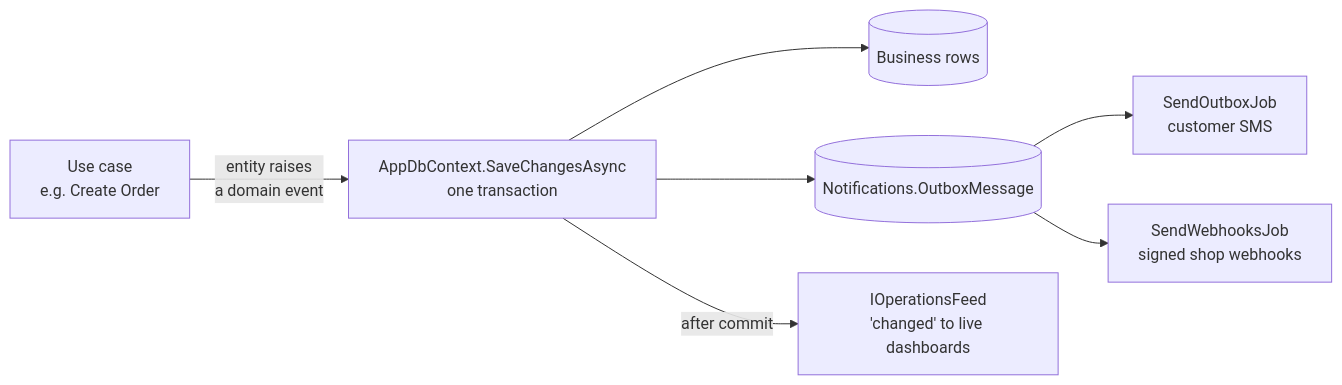
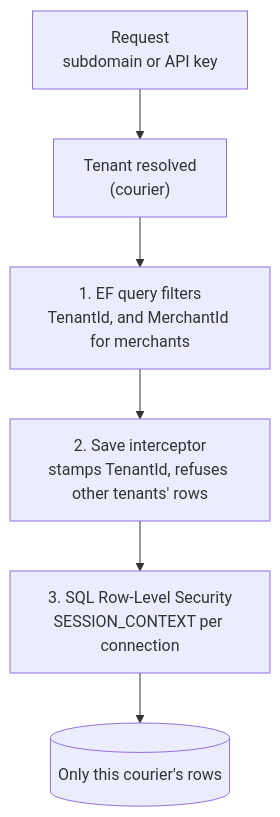
The fifth of 6 diagrams in Documentation/Architecture.md (talha33177net-eng/OneDrop-Courier-Service-Project-), drawn with Mermaid before and after one commit. The commit also changed other lines of this file and 461 other files, not shown here.

````diff
--- a/Documentation/Architecture.md
+++ b/Documentation/Architecture.md
@@ -152,9 +142,8 @@
 ```mermaid
-flowchart LR
-    UseCase["Use case<br/>e.g. Create Order"] -->|"entity raises<br/>a domain event"| Save["AppDbContext.SaveChangesAsync<br/>one transaction"]
-    Save --> Rows[("Business rows")]
-    Save --> Outbox[("Notifications.OutboxMessage")]
-    Outbox --> Texts["SendOutboxJob<br/>customer SMS"]
-    Outbox --> Hooks["SendWebhooksJob<br/>signed shop webhooks"]
-    Save -->|"after commit"| Feed["IOperationsFeed<br/>'changed' to live dashboards"]
+flowchart TB
+    Request["Request<br/>subdomain or API key"] --> Tenant["Tenant resolved<br/>(courier)"]
+    Tenant --> L1["1. EF query filters<br/>TenantId, and MerchantId for merchants"]
+    L1 --> L2["2. Save interceptor<br/>stamps TenantId, refuses other tenants' rows"]
+    L2 --> L3["3. SQL Row-Level Security<br/>SESSION_CONTEXT per connection"]
+    L3 --> Rows[("Only this courier's rows")]
 ```
````
